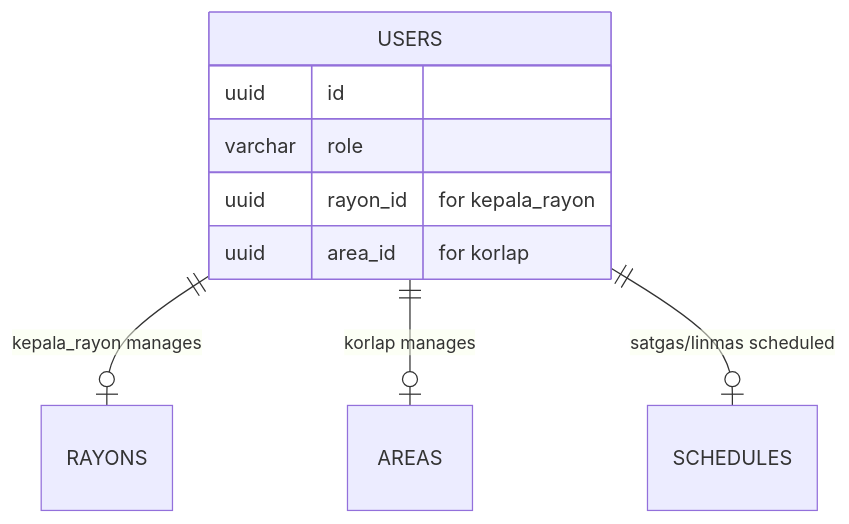
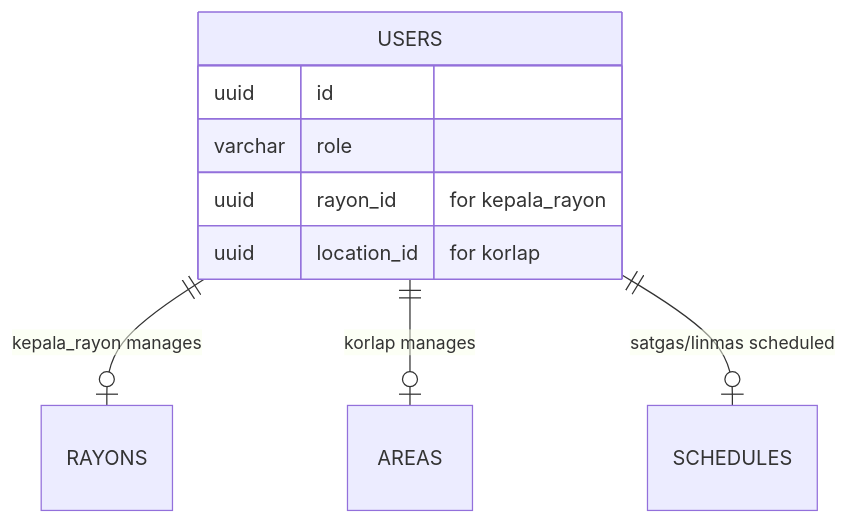
The third of 13 diagrams in specs/database/erd.md (dlhsby/sekar), drawn with Mermaid before and after one commit. The commit also changed other lines of this file and 45 other files, not shown here.

First line of the commit message:
docs(specs): sweep Area→Location terminology on the revamp line

````diff
--- a/specs/database/erd.md
+++ b/specs/database/erd.md
@@ -317,13 +317,13 @@
 ```mermaid
 erDiagram
     USERS ||--o| RAYONS : "kepala_rayon manages"
     USERS ||--o| AREAS : "korlap manages"
     USERS ||--o| SCHEDULES : "satgas/linmas scheduled"
 
     USERS {
         uuid id
         varchar role
         uuid rayon_id "for kepala_rayon"
-        uuid area_id "for korlap"
+        uuid location_id "for korlap"
     }
 ```
````
